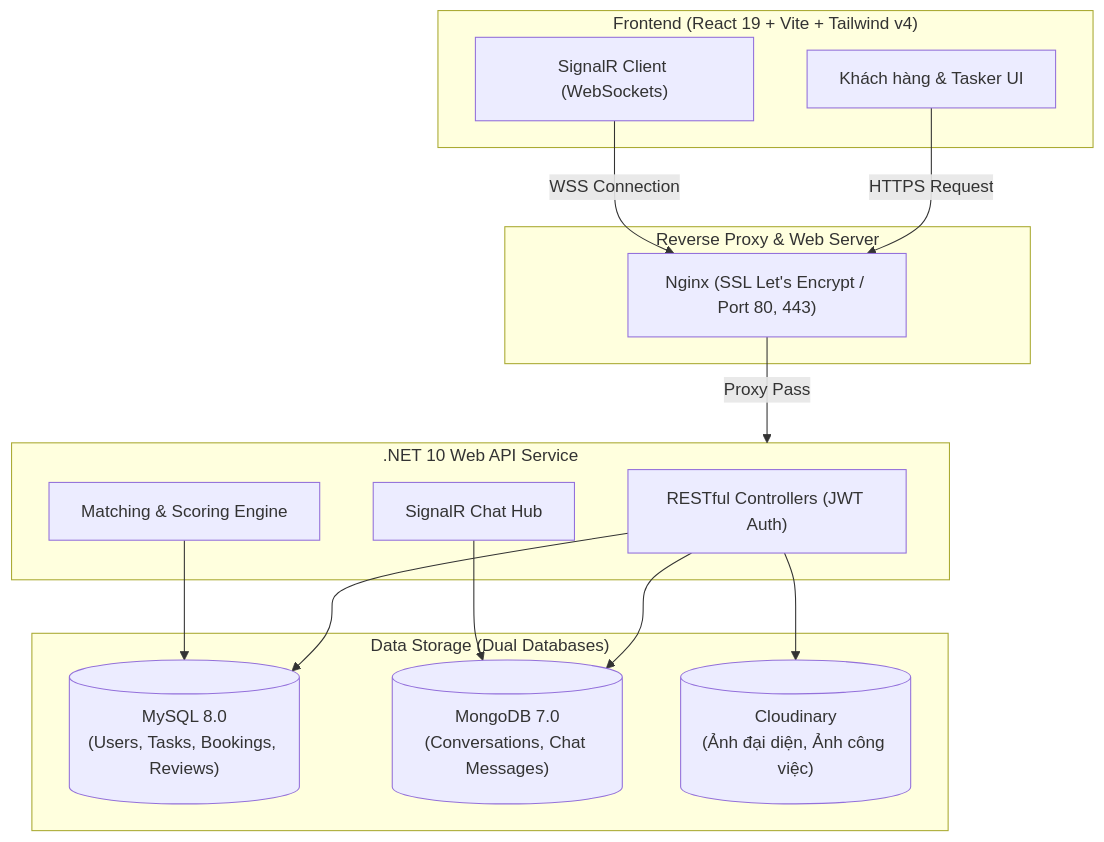
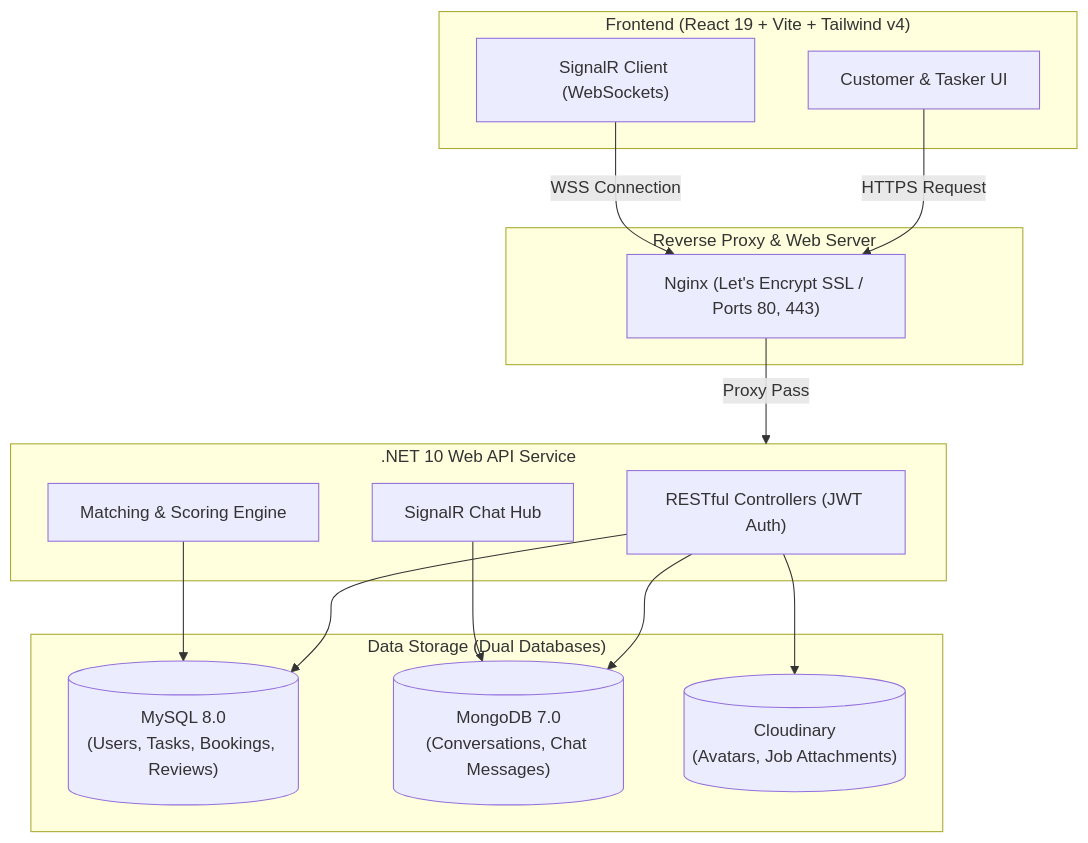
Before and after one commit to htn2408/smart-marketplace: the diagram in README.md, drawn with Mermaid. The commit also changed other lines of this file, not shown here.

````diff
--- a/README.md
+++ b/README.md
@@ -41,32 +41,32 @@
 ```mermaid
 flowchart TD
     subgraph Client ["Frontend (React 19 + Vite + Tailwind v4)"]
-        UI["Khách hàng & Tasker UI"]
+        UI["Customer & Tasker UI"]
         SignalRClient["SignalR Client (WebSockets)"]
     end
 
     subgraph Gateway ["Reverse Proxy & Web Server"]
-        Nginx["Nginx (SSL Let's Encrypt / Port 80, 443)"]
+        Nginx["Nginx (Let's Encrypt SSL / Ports 80, 443)"]
     end
 
     subgraph Backend [".NET 10 Web API Service"]
         API["RESTful Controllers (JWT Auth)"]
         Hub["SignalR Chat Hub"]
         MatchEngine["Matching & Scoring Engine"]
     end
 
     subgraph DataLayer ["Data Storage (Dual Databases)"]
         MySQL[("MySQL 8.0\n(Users, Tasks, Bookings, Reviews)")]
         MongoDB[("MongoDB 7.0\n(Conversations, Chat Messages)")]
-        Cloudinary[("Cloudinary\n(Ảnh đại diện, Ảnh công việc)")]
+        Cloudinary[("Cloudinary\n(Avatars, Job Attachments)")]
     end
 
     UI -->|HTTPS Request| Nginx
     SignalRClient -->|WSS Connection| Nginx
     Nginx -->|Proxy Pass| Backend
     API --> MySQL
     API --> MongoDB
     API --> Cloudinary
     Hub --> MongoDB
     MatchEngine --> MySQL
 ```
````
